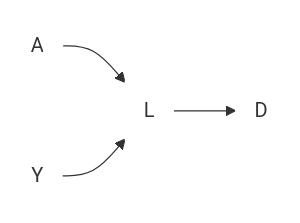
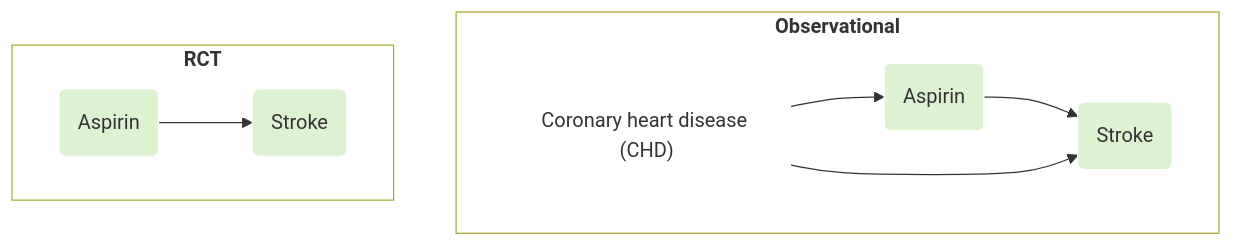
One commit to birth-outcomes/birth_outcomes_summary changed diagram 11 of 12 in book_birth_outcomes_summary/design_causal.md. Above: the diagram before and after it, drawn with Mermaid. The commit also changed other lines of this file and 1 other file, not shown here.

Commit message:
Reordering causal diagram notes, and moving across two notebooks

`````diff
--- a/book_birth_outcomes_summary/design_causal.md
+++ b/book_birth_outcomes_summary/design_causal.md
@@ -466,13 +289,27 @@
 ````{mermaid}
-  flowchart LR;
+  flowchart TD;
 
-    a("A"):::white;
-    y("Y"):::white;
-    l("L"):::white;
-    d("D"):::white;
-    
-    a --> l; y --> l; l --> d;
+    ob:::outline;
+    subgraph ob["`**Observational**`"]
+      asp2("Aspirin"):::green;
+      str2("Stroke"):::green;
+      chd2("Coronary heart disease (CHD)"):::white;
+    end
+
+    asp2 --> str2;
+    chd2 --> asp2;
+    chd2 --> str2;
+
+    rct:::outline;
+    subgraph rct["`**RCT**`"]
+      asp("Aspirin"):::green;
+      str("Stroke"):::green;
+    end
+
+    asp --> str;
 
     classDef white fill:#FFFFFF, stroke:#FFFFFF
     classDef black fill:#FFFFFF, stroke:#000000
+    classDef outline fill:#FFFFFF
+    classDef green fill:#DDF2D1, stroke: #FFFFFF;
 ````
`````
